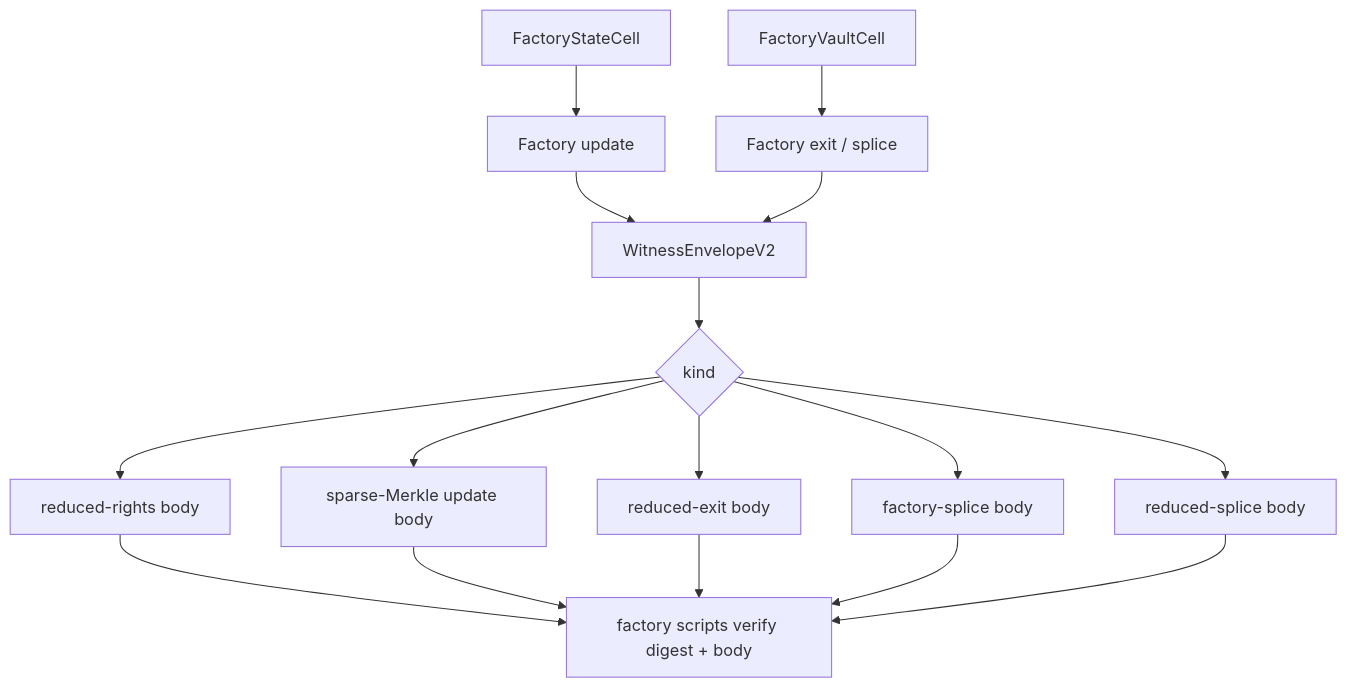
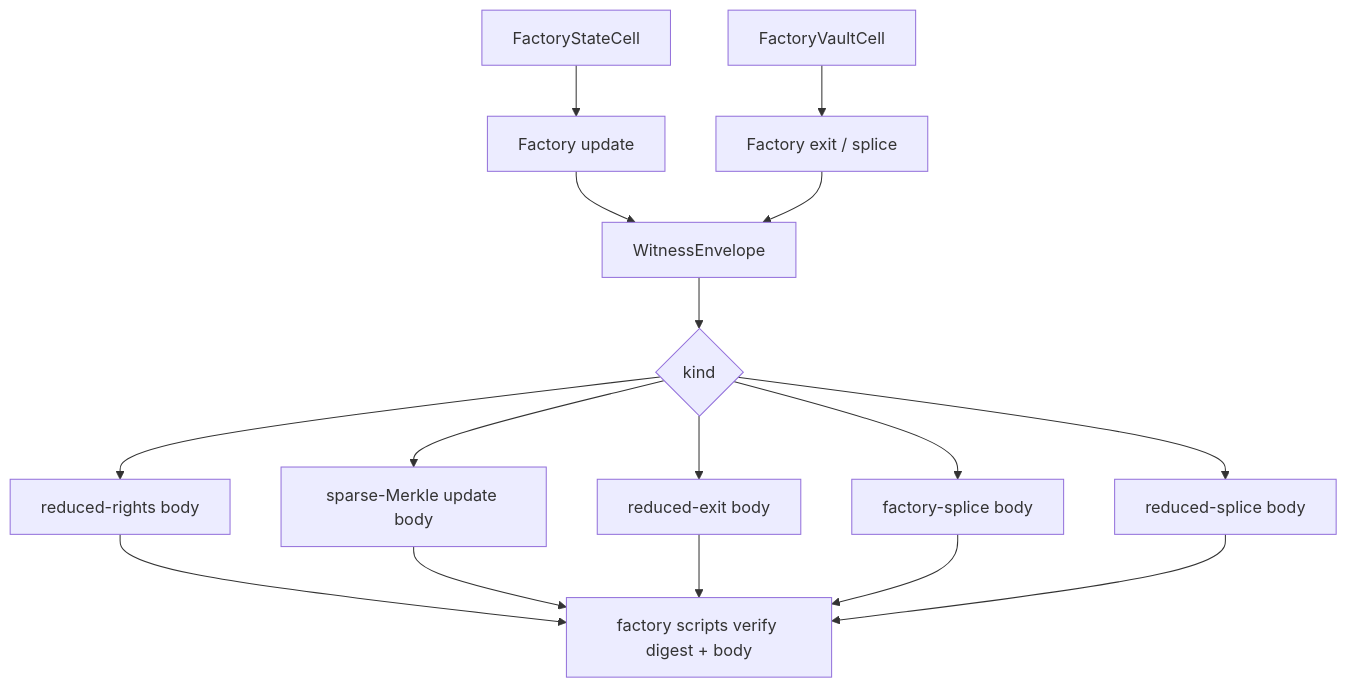
Before and after one commit to a19q3/Morph: the second of 3 diagrams in docs/devnet.md, drawn with Mermaid. The commit also changed 46 other files, not shown here.

````diff
--- a/docs/devnet.md
+++ b/docs/devnet.md
@@ -134,18 +134,18 @@
 ```mermaid
 flowchart TB
     FS["FactoryStateCell"] --> FU["Factory update"]
     FV["FactoryVaultCell"] --> FE["Factory exit / splice"]
-    FU --> E["WitnessEnvelopeV2"]
+    FU --> E["WitnessEnvelope"]
     FE --> E
     E --> K{"kind"}
     K --> R1["reduced-rights body"]
     K --> R2["sparse-Merkle update body"]
     K --> R3["reduced-exit body"]
     K --> R4["factory-splice body"]
     K --> R5["reduced-splice body"]
     R1 --> S["factory scripts verify digest + body"]
     R2 --> S
     R3 --> S
     R4 --> S
     R5 --> S
 ```
````
